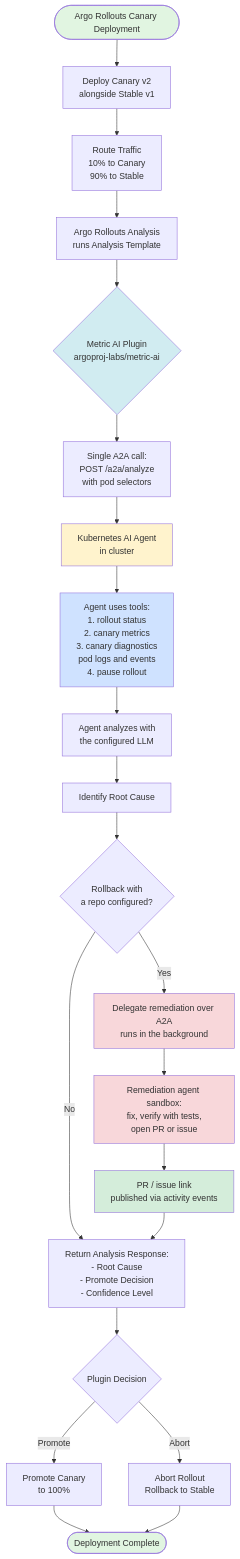
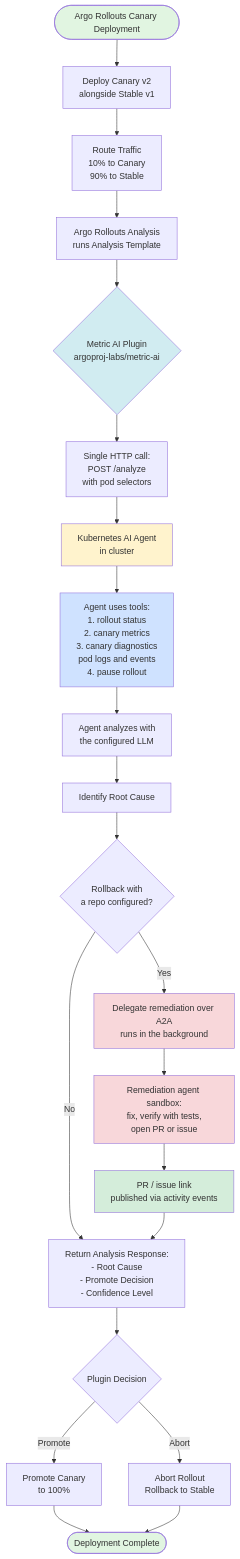
Before and after one commit to argoproj-labs/rollouts-plugin-metric-ai: the first of 2 diagrams in ARCHITECTURE.md, drawn with Mermaid. The commit also changed other lines of this file and 6 other files, not shown here.

First line of the commit message:
Rename the agent call from A2A to the HTTP contract it is

````diff
--- a/ARCHITECTURE.md
+++ b/ARCHITECTURE.md
@@ -5,46 +5,46 @@
 ```mermaid
 flowchart TD
     Start([Argo Rollouts Canary Deployment]) --> Canary[Deploy Canary v2<br/>alongside Stable v1]
     Canary --> Traffic[Route Traffic<br/>10% to Canary<br/>90% to Stable]
     Traffic --> Analysis[Argo Rollouts Analysis<br/>runs Analysis Template]
     
     Analysis --> Plugin{Metric AI Plugin<br/>argoproj-labs/metric-ai}
     
-    Plugin --> A2ACall[Single A2A call:<br/>POST /a2a/analyze<br/>with pod selectors]
+    Plugin --> AgentCall[Single HTTP call:<br/>POST /analyze<br/>with pod selectors]
     
-    A2ACall --> K8sAgent[Kubernetes AI Agent<br/>in cluster]
+    AgentCall --> K8sAgent[Kubernetes AI Agent<br/>in cluster]
     
     K8sAgent --> AgentTools[Agent uses tools:<br/>1. rollout status<br/>2. canary metrics<br/>3. canary diagnostics<br/>pod logs and events<br/>4. pause rollout]
     
     AgentTools --> AgentAnalyze[Agent analyzes with<br/>the configured LLM]
     
     AgentAnalyze --> RootCause[Identify Root Cause]
     
     RootCause --> NeedsFix{Rollback with<br/>a repo configured?}
     
     NeedsFix -->|Yes| Delegate[Delegate remediation over A2A<br/>runs in the background]
     NeedsFix -->|No| Response
     
     Delegate --> Remediation[Remediation agent sandbox:<br/>fix, verify with tests,<br/>open PR or issue]
     Remediation --> PRLink[PR / issue link<br/>published via activity events]
     PRLink --> Response
     
     Response[Return Analysis Response:<br/>- Root Cause<br/>- Promote Decision<br/>- Confidence Level]
     
     Response --> PluginDecision{Plugin Decision}
     
     PluginDecision -->|Promote| Promote[Promote Canary<br/>to 100%]
     PluginDecision -->|Abort| Abort[Abort Rollout<br/>Rollback to Stable]
     
     Promote --> Complete([Deployment Complete])
     Abort --> Complete
     
     style Start fill:#e1f5e1
     style Complete fill:#e1f5e1
     style K8sAgent fill:#fff3cd
     style Plugin fill:#d1ecf1
     style Delegate fill:#f8d7da
     style Remediation fill:#f8d7da
     style PRLink fill:#d4edda
     style AgentTools fill:#cfe2ff
 ```
````
